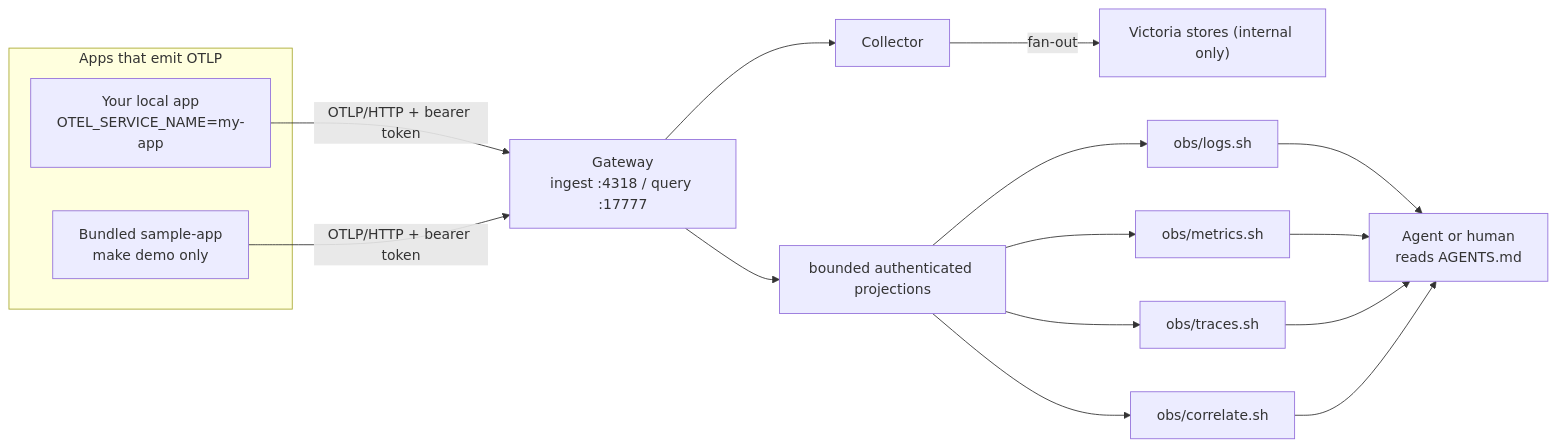
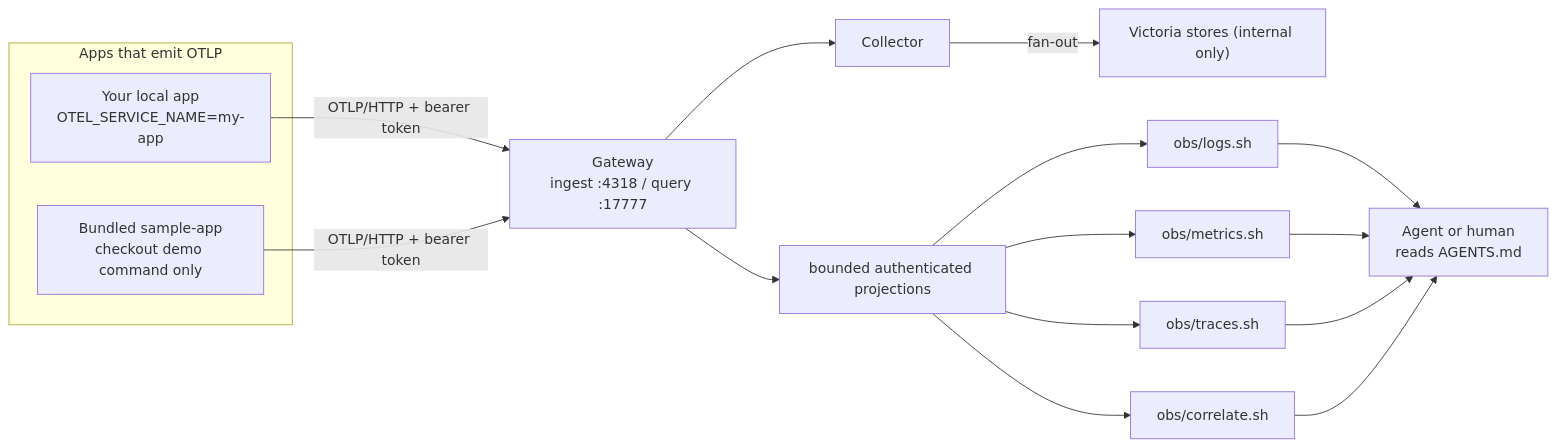
Before and after one commit to gkrtjd99/AgentOTelStack: the first of 4 diagrams in README.md, drawn with Mermaid. The commit also changed other lines of this file and 64 other files, not shown here.

````diff
--- a/README.md
+++ b/README.md
@@ -31,25 +31,25 @@
 ```mermaid
 flowchart LR
   subgraph Apps["Apps that emit OTLP"]
     Own["Your local app<br/>OTEL_SERVICE_NAME=my-app"]
-    Demo["Bundled sample-app<br/>make demo only"]
+    Demo["Bundled sample-app<br/>checkout demo command only"]
   end
 
   Gateway["Gateway<br/>ingest :4318 / query :17777"]
 
   Own -->|"OTLP/HTTP + bearer token"| Gateway
   Demo -->|"OTLP/HTTP + bearer token"| Gateway
   Gateway --> Collector
   Collector -->|"fan-out"| Stores["Victoria stores (internal only)"]
   Gateway --> Projections["bounded authenticated projections"]
 
   Projections --> LogTool["obs/logs.sh"]
   Projections --> MetricTool["obs/metrics.sh"]
   Projections --> TraceTool["obs/traces.sh"]
   Projections --> Correlate["obs/correlate.sh"]
 
   LogTool --> Reader["Agent or human<br/>reads AGENTS.md"]
   MetricTool --> Reader
   TraceTool --> Reader
   Correlate --> Reader
 ```
````
